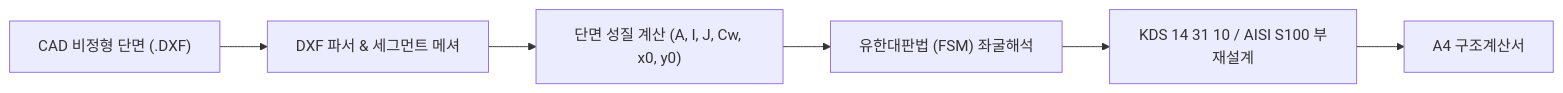
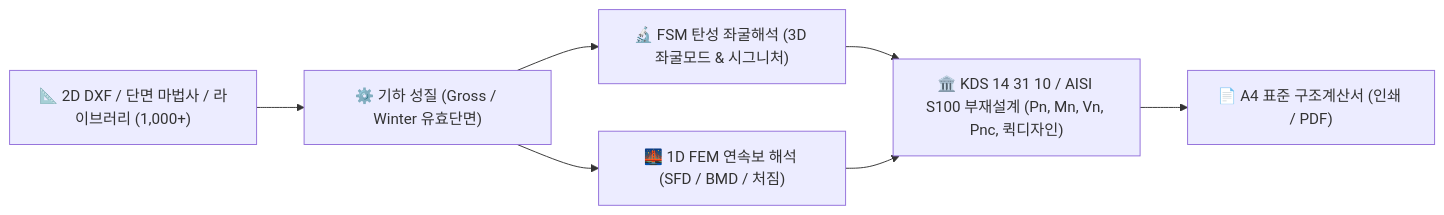
The diagram in README.md (zlkiki/CFDesigner), drawn with Mermaid before and after one commit. The commit also changed other lines of this file and 11 other files, not shown here.

Commit message:
docs: update system architecture, file inventory, online manual specs, root README, and archive Phase 1-5 requirements

````diff
--- a/README.md
+++ b/README.md
@@ -14,8 +23,8 @@
 ```mermaid
 graph LR
-    CAD["CAD 비정형 단면 (.DXF)"] --> Parser["DXF 파서 & 세그먼트 메셔"]
-    Parser --> Geom["단면 성질 계산 (A, I, J, Cw, x0, y0)"]
-    Geom --> FSM["유한대판법 (FSM) 좌굴해석"]
-    FSM --> DSM["KDS 14 31 10 / AISI S100 부재설계"]
-    DSM --> Report["A4 구조계산서"]
+    CAD["📐 2D DXF / 단면 마법사 / 라이브러리 (1,000+)"] --> Geom["⚙️ 기하 성질 (Gross / Winter 유효단면)"]
+    Geom --> FSM["🔬 FSM 탄성 좌굴해석 (3D 좌굴모드 & 시그니처)"]
+    Geom --> Frame["🌉 1D FEM 연속보 해석 (SFD / BMD / 처짐)"]
+    FSM & Frame --> DSM["🏛️ KDS 14 31 10 / AISI S100 부재설계 (Pn, Mn, Vn, Pnc, 퀵디자인)"]
+    DSM --> Report["📄 A4 표준 구조계산서 (인쇄 / PDF)"]
 ```
````
